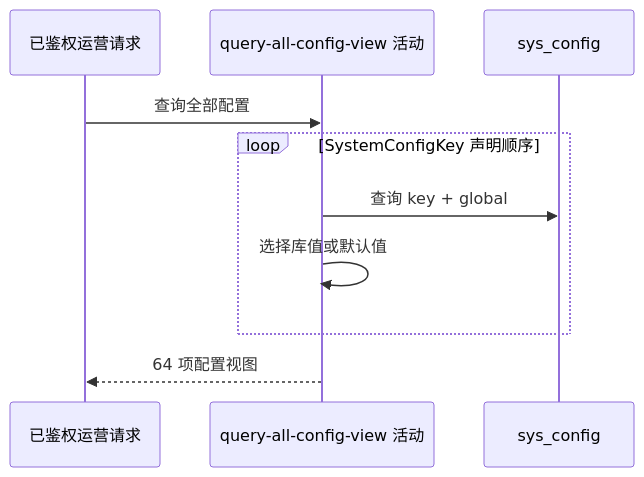
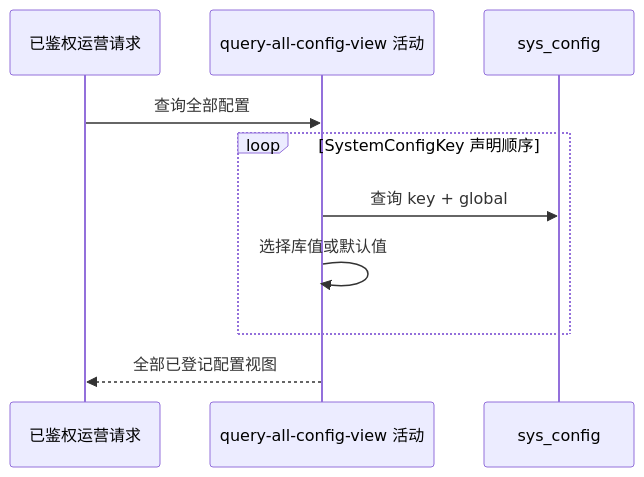
The diagram in blueprint/spec/platform-config/all-config-query/query-all-config-view/activity.md (chxt100016/Rally), drawn with Mermaid before and after one commit. The commit also changed other lines of this file and 53 other files, not shown here.

````diff
--- a/blueprint/spec/platform-config/all-config-query/query-all-config-view/activity.md
+++ b/blueprint/spec/platform-config/all-config-query/query-all-config-view/activity.md
@@ -15,12 +15,12 @@
 ```mermaid
 sequenceDiagram
     participant C as 已鉴权运营请求
     participant A as query-all-config-view 活动
     participant DB as sys_config
     C->>A: 查询全部配置
     loop SystemConfigKey 声明顺序
         A->>DB: 查询 key + global
         A->>A: 选择库值或默认值
     end
-    A-->>C: 64 项配置视图
+    A-->>C: 全部已登记配置视图
 ```
````
